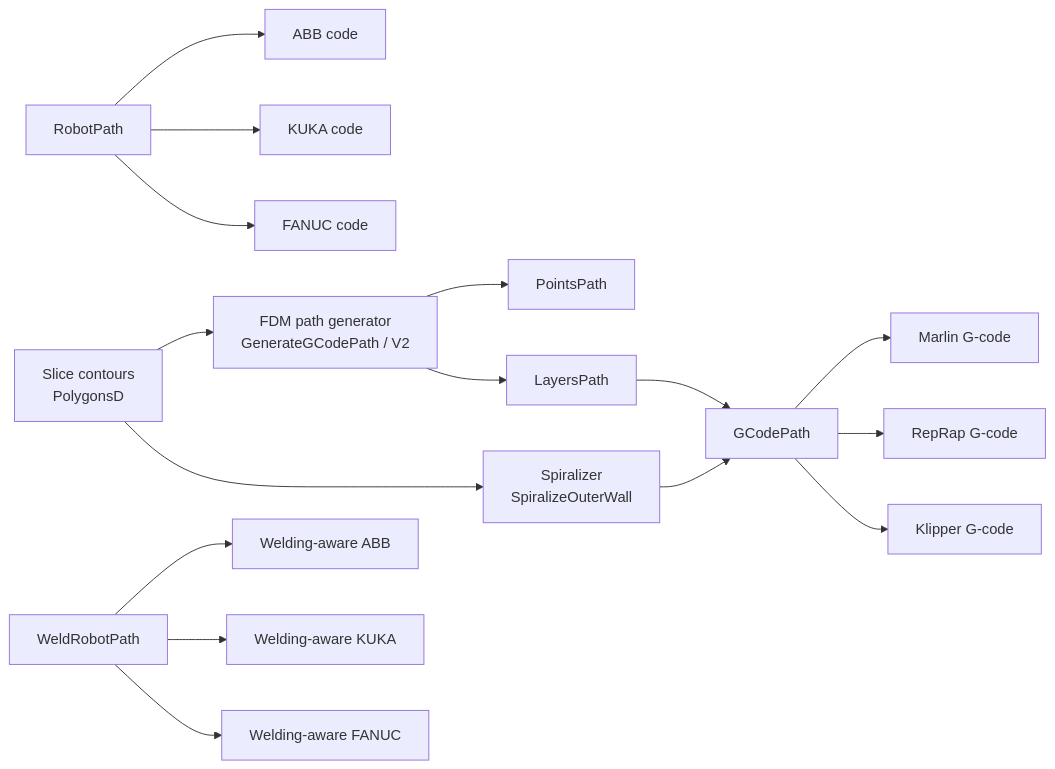
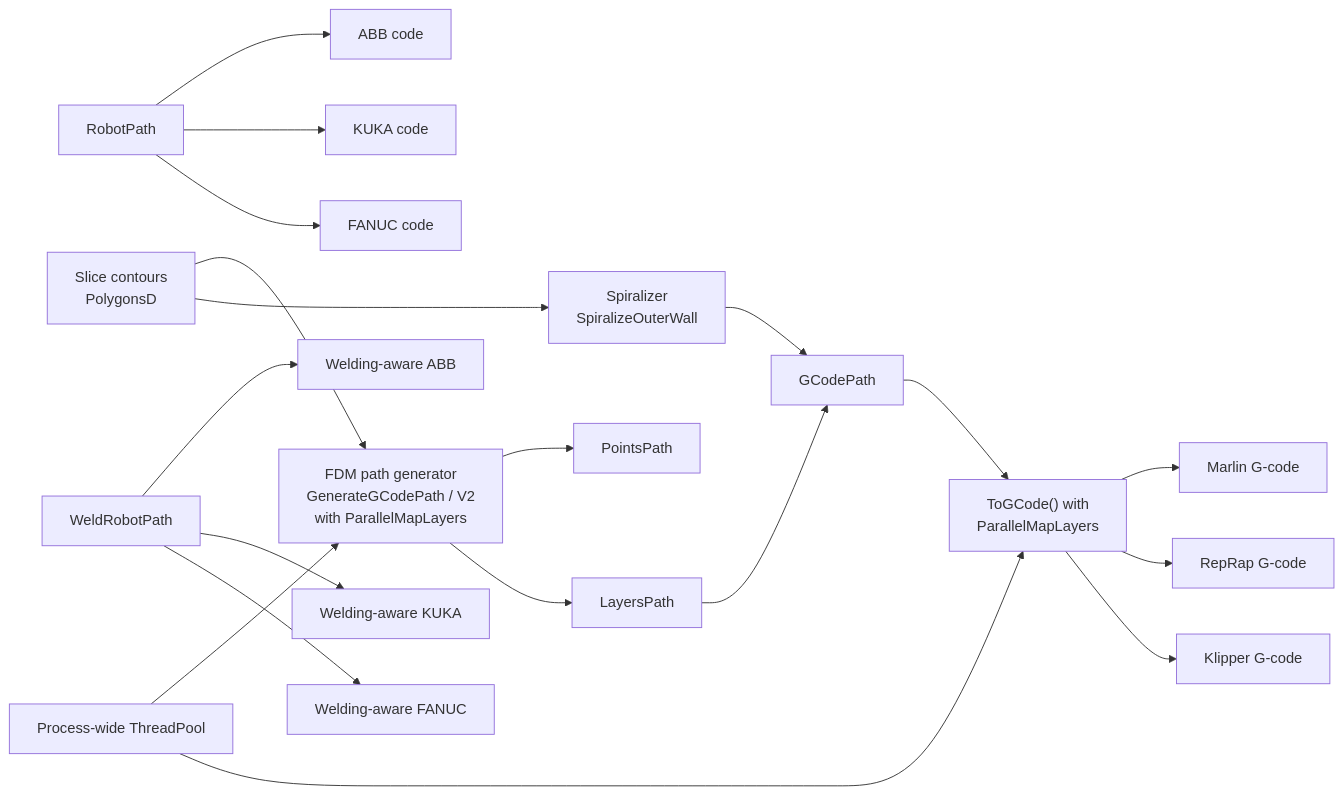
One commit to hsmbanlance/HsBaSlicer changed the second of 13 diagrams in .qoder/repowiki/en/content/Core Modules/Path Generation (paths_, LibHsBaSlicer_Path_)/Path Generation (paths_, LibHsBaSlicer_Path_).md. Above: the diagram before and after it, drawn with Mermaid. The commit also changed other lines of this file and 365 other files, not shown here.

````diff
--- a/.qoder/repowiki/en/content/Core Modules/Path Generation (paths_, LibHsBaSlicer_Path_)/Path Generation (paths_, LibHsBaSlicer_Path_).md
+++ b/.qoder/repowiki/en/content/Core Modules/Path Generation (paths_, LibHsBaSlicer_Path_)/Path Generation (paths_, LibHsBaSlicer_Path_).md
@@ -143,18 +168,21 @@
 ```mermaid
 graph LR
-Slice["Slice contours<br/>PolygonsD"] --> Generator["FDM path generator<br/>GenerateGCodePath / V2"]
+Slice["Slice contours<br/>PolygonsD"] --> Generator["FDM path generator<br/>GenerateGCodePath / V2<br/>with ParallelMapLayers"]
 Slice --> Spiral["Spiralizer<br/>SpiralizeOuterWall"]
 Generator --> Points["PointsPath"]
 Generator --> Layers["LayersPath"]
 Spiral --> GCode["GCodePath"]
 Layers --> GCode
-GCode --> Marlin["Marlin G-code"]
-GCode --> RepRap["RepRap G-code"]
-GCode --> Klipper["Klipper G-code"]
+GCode --> Serial["ToGCode() with<br/>ParallelMapLayers"]
+Serial --> Marlin["Marlin G-code"]
+Serial --> RepRap["RepRap G-code"]
+Serial --> Klipper["Klipper G-code"]
 Robot["RobotPath"] --> ABB["ABB code"]
 Robot --> KUKA["KUKA code"]
 Robot --> FANUC["FANUC code"]
 Weld["WeldRobotPath"] --> WeldABB["Welding-aware ABB"]
 Weld --> WeldKUKA["Welding-aware KUKA"]
 Weld --> WeldFanuc["Welding-aware FANUC"]
+PipelinePool["Process-wide ThreadPool"] --> Generator
+PipelinePool --> Serial
 ```
````
